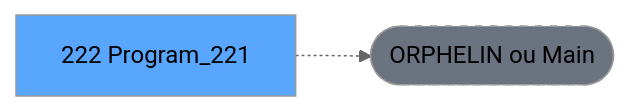
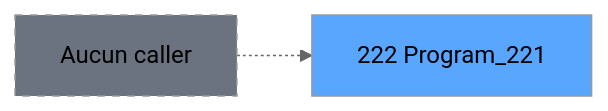
One commit to thonyAGP/magic-migration changed the second of 3 diagrams in .openspec/specs/ADH-IDE-222.md. Above: the diagram before and after it, drawn with Mermaid (neutral theme). The commit also changed other lines of this file and 493 other files, not shown here.

````diff
--- a/.openspec/specs/ADH-IDE-222.md
+++ b/.openspec/specs/ADH-IDE-222.md
@@ -121,8 +112,8 @@
 ```mermaid
 graph LR
-    T[222 Program_221]
-    ORPHAN([ORPHELIN ou Main])
-    T -.-> ORPHAN
-    style T fill:#58a6ff,color:#000
-    style ORPHAN fill:#6b7280,stroke-dasharray: 5 5
+    T222[222 Program_221]
+    style T222 fill:#58a6ff
+    NONE[Aucun caller]
+    NONE -.-> T222
+    style NONE fill:#6b7280,stroke-dasharray: 5 5
 ```
````
